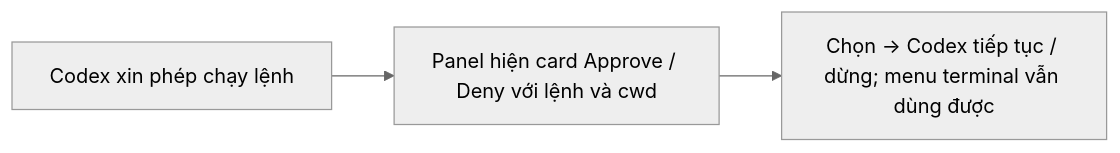
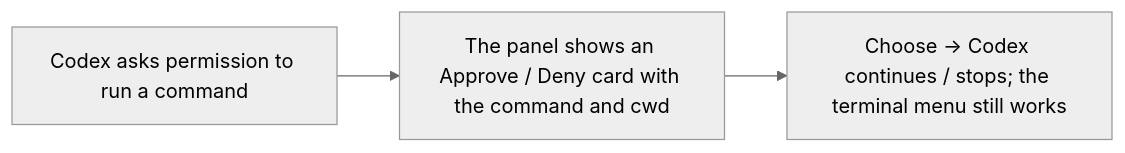
Before and after one commit to jangtrinh/design-os-studio: the diagram in plans/specs/v0.7-effects-export/us/US-03.md, drawn with Mermaid (neutral theme). The commit also changed other lines of this file and 38 other files, not shown here.

````diff
--- a/plans/specs/v0.7-effects-export/us/US-03.md
+++ b/plans/specs/v0.7-effects-export/us/US-03.md
@@ -46,5 +46,5 @@
 ```mermaid
 flowchart LR
-  A["Codex xin phép chạy lệnh"] --> B["Panel hiện card Approve / Deny với lệnh và cwd"]
-  B --> C["Chọn → Codex tiếp tục / dừng; menu terminal vẫn dùng được"]
+  A["Codex asks permission to run a command"] --> B["The panel shows an Approve / Deny card with the command and cwd"]
+  B --> C["Choose → Codex continues / stops; the terminal menu still works"]
 ```
````
